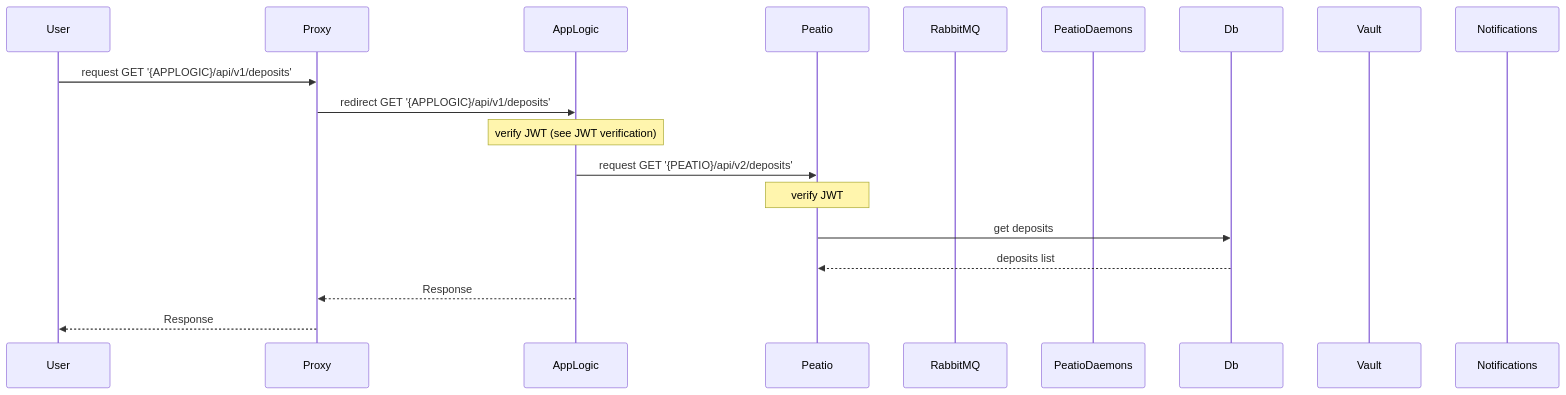
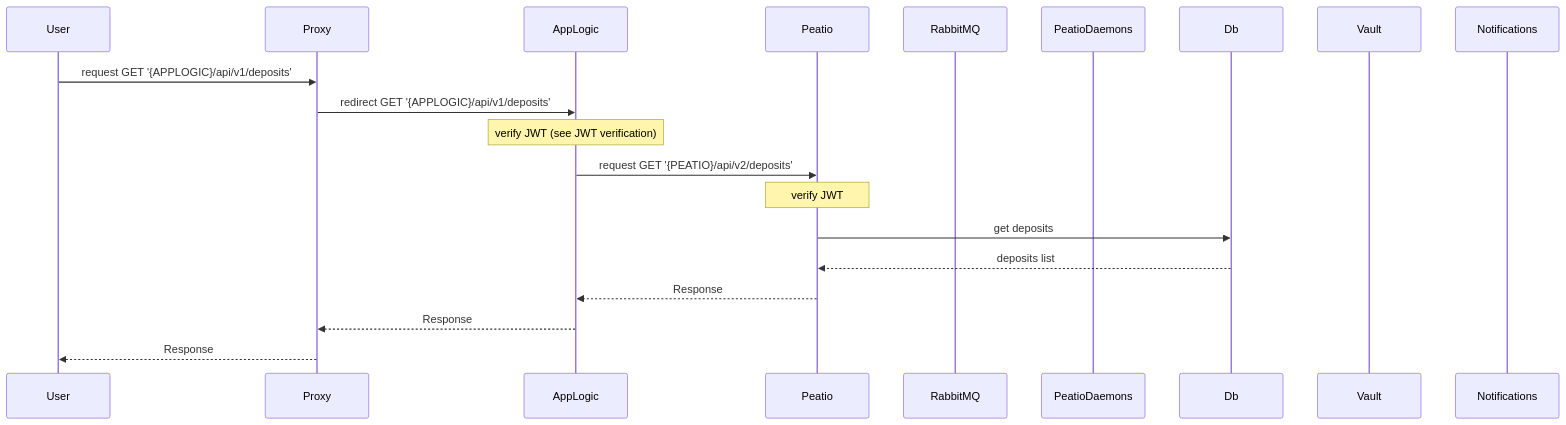
One commit to sergii-savchenko/rkcp_arch changed diagram 16 of 22 in README.md. Above: the diagram before and after it, drawn with Mermaid. The commit also changed other lines of this file and 2 other files, not shown here.

Commit message:
add accounts data section

````diff
--- a/README.md
+++ b/README.md
@@ -510,22 +510,23 @@
 ```mermaid
 sequenceDiagram
     participant User
     participant Proxy
     participant AppLogic
     participant Peatio
     participant RabbitMQ
     participant PeatioDaemons
     participant Db
     participant Vault
     participant Notifications
 
     User->>Proxy: request GET '{APPLOGIC}/api/v1/deposits'
     Proxy->>AppLogic: redirect GET '{APPLOGIC}/api/v1/deposits'
     Note over AppLogic: verify JWT (see JWT verification)
     AppLogic->>Peatio: request GET '{PEATIO}/api/v2/deposits'
     Note over Peatio: verify JWT
     Peatio->>Db: get deposits
     Db-->>Peatio: deposits list
+    Peatio-->>AppLogic: Response
     AppLogic-->>Proxy: Response
     Proxy-->>User: Response
 ```
````
